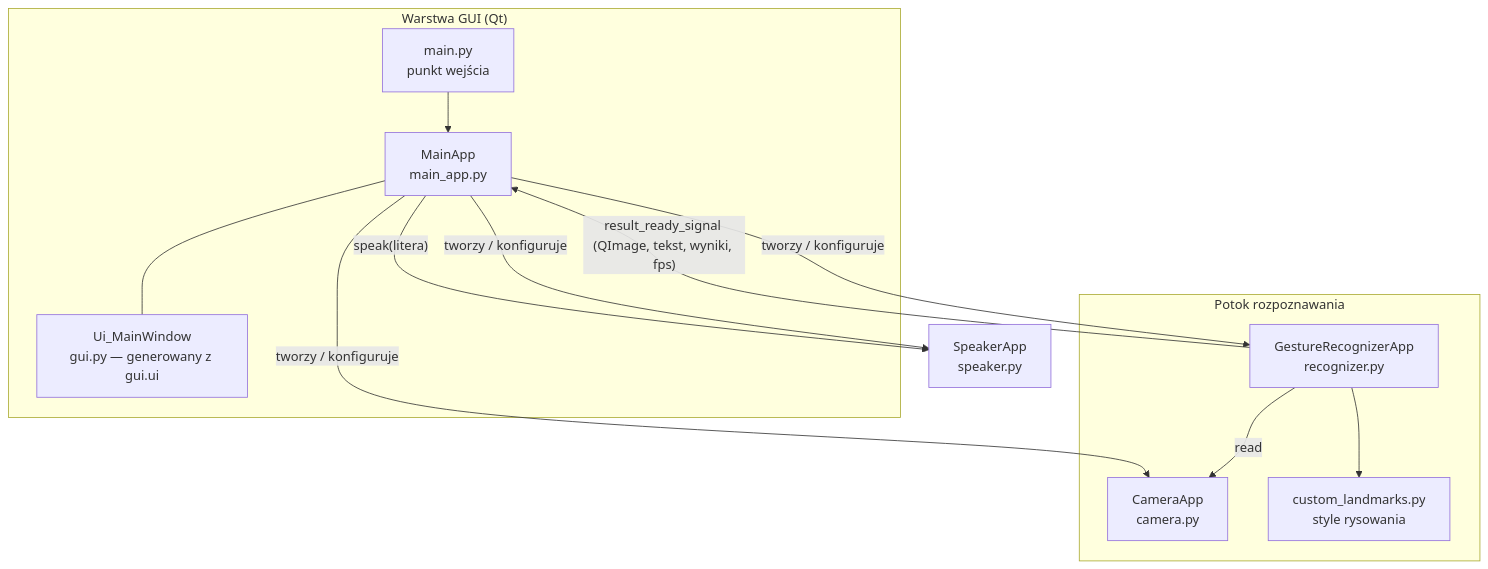
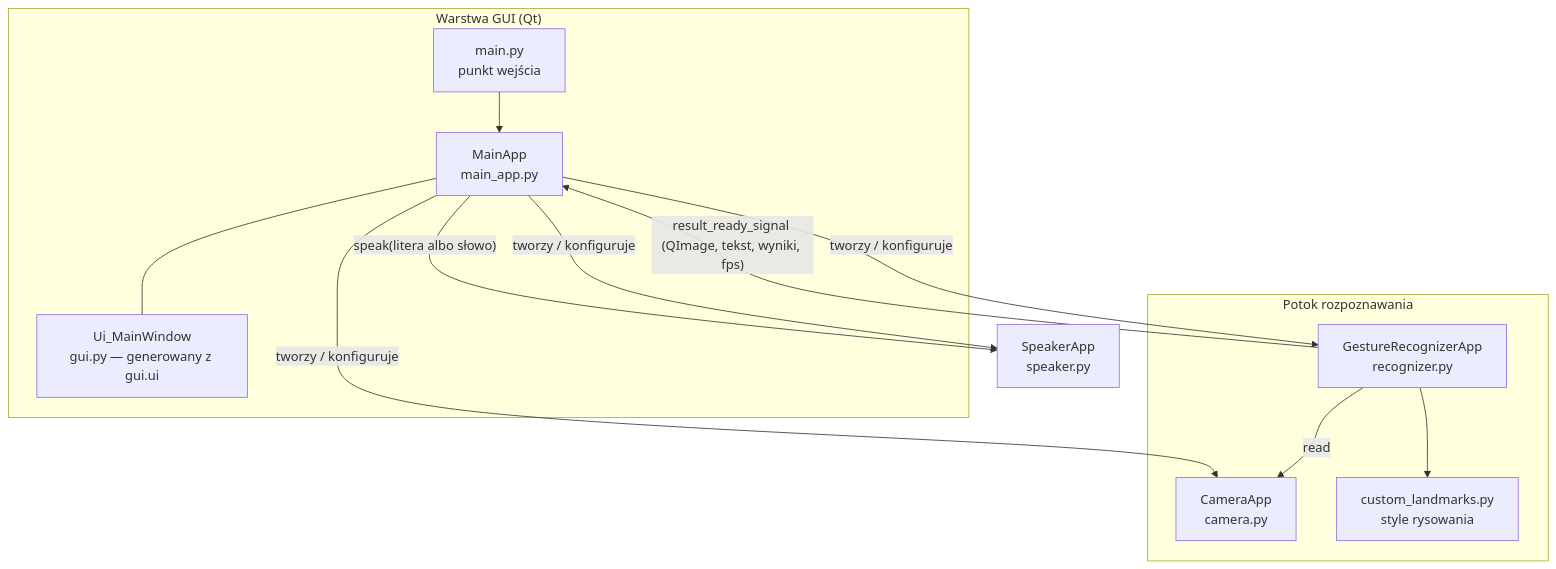
One commit to DXtR1337/AI_sign_language_translator changed the first of 2 diagrams in docs/TECHNICAL_DOCUMENTATION.pl.md. Above: the diagram before and after it, drawn with Mermaid. The commit also changed other lines of this file and 13 other files, not shown here.

````diff
--- a/docs/TECHNICAL_DOCUMENTATION.pl.md
+++ b/docs/TECHNICAL_DOCUMENTATION.pl.md
@@ -53,23 +55,23 @@
 ```mermaid
 flowchart TB
     subgraph GUI["Warstwa GUI (Qt)"]
         MAIN[main.py<br/>punkt wejścia] --> APP[MainApp<br/>main_app.py]
         APP --- UI[Ui_MainWindow<br/>gui.py — generowany z gui.ui]
     end
 
     subgraph Pipeline["Potok rozpoznawania"]
         CAM[CameraApp<br/>camera.py]
         REC[GestureRecognizerApp<br/>recognizer.py]
         LMK[custom_landmarks.py<br/>style rysowania]
         REC -->|read| CAM
         REC --> LMK
     end
 
     TTS[SpeakerApp<br/>speaker.py]
 
     APP -->|tworzy / konfiguruje| CAM
     APP -->|tworzy / konfiguruje| REC
     APP -->|tworzy / konfiguruje| TTS
     REC -->|"result_ready_signal (QImage, tekst, wyniki, fps)"| APP
-    APP -->|"speak(litera)"| TTS
+    APP -->|"speak(litera albo słowo)"| TTS
 ```
````
